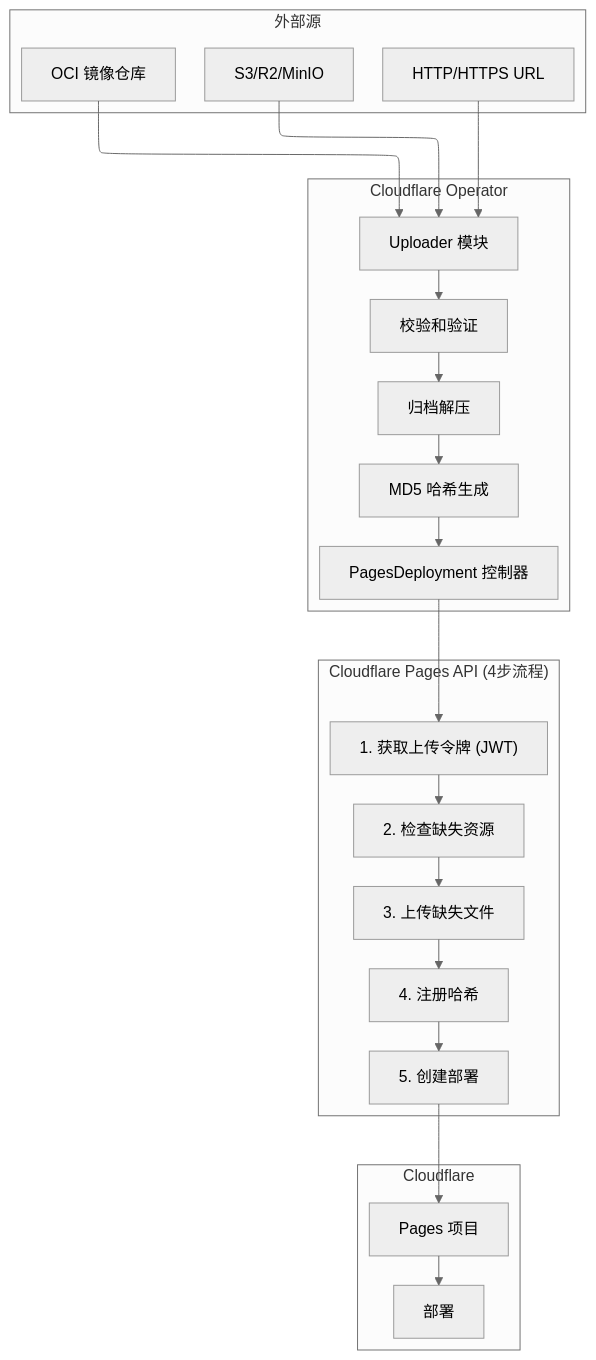
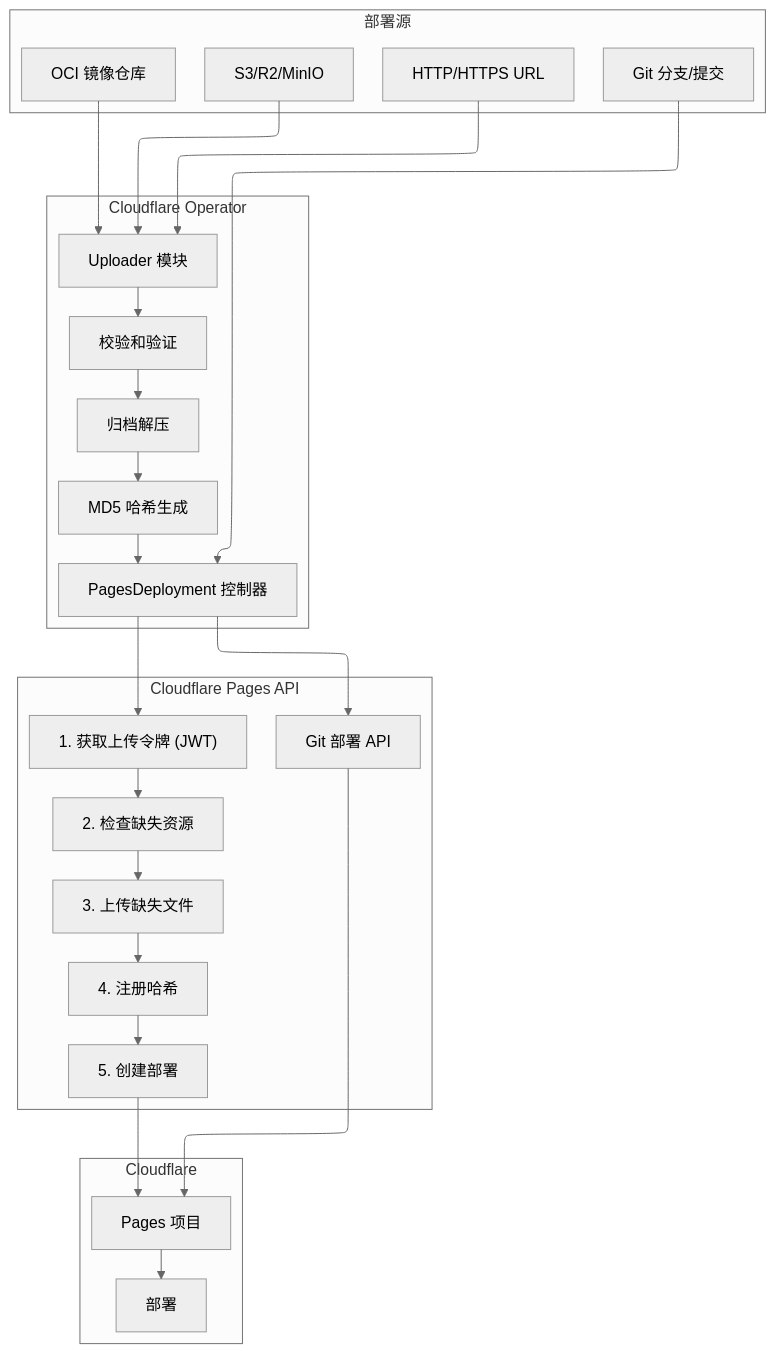
The first of 2 diagrams in docs/zh/guides/pages-advanced-deployment.md (StringKe/cloudflare-operator), drawn with Mermaid (neutral theme) before and after one commit. The commit also changed other lines of this file and 10 other files, not shown here.

````diff
--- a/docs/zh/guides/pages-advanced-deployment.md
+++ b/docs/zh/guides/pages-advanced-deployment.md
@@ -21,49 +62,54 @@
 ```mermaid
 ---
 config:
   layout: elk
 ---
 flowchart TB
-    subgraph Sources["外部源"]
+    subgraph Sources["部署源"]
+        GIT["Git 分支/提交"]
         HTTP["HTTP/HTTPS URL"]
         S3["S3/R2/MinIO"]
         OCI["OCI 镜像仓库"]
     end
 
     subgraph Operator["Cloudflare Operator"]
         PD["PagesDeployment 控制器"]
         UP["Uploader 模块"]
         CS["校验和验证"]
         AR["归档解压"]
         MD5["MD5 哈希生成"]
     end
 
-    subgraph CloudflareAPI["Cloudflare Pages API (4步流程)"]
+    subgraph CloudflareAPI["Cloudflare Pages API"]
+        GITDEP["Git 部署 API"]
         JWT["1. 获取上传令牌 (JWT)"]
         CHK["2. 检查缺失资源"]
         UPL["3. 上传缺失文件"]
         UPS["4. 注册哈希"]
         DEP["5. 创建部署"]
     end
 
     subgraph Cloudflare["Cloudflare"]
         PP["Pages 项目"]
         DEPLOY["部署"]
     end
 
+    GIT --> PD
     HTTP --> UP
     S3 --> UP
     OCI --> UP
 
+    PD --> GITDEP
     UP --> CS
     CS --> AR
     AR --> MD5
     MD5 --> PD
     PD --> JWT
     JWT --> CHK
     CHK --> UPL
     UPL --> UPS
     UPS --> DEP
+    GITDEP --> PP
     DEP --> PP
     PP --> DEPLOY
 ```
````
